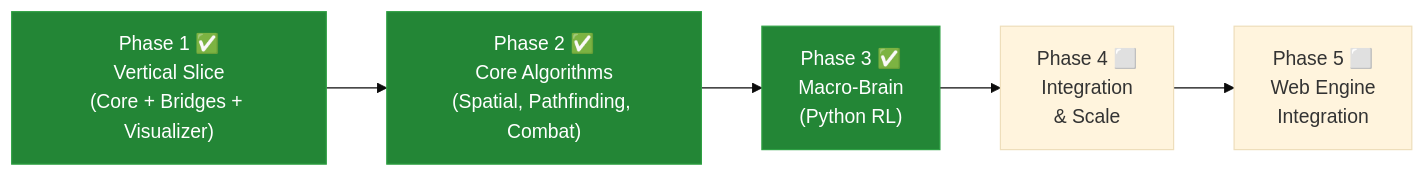
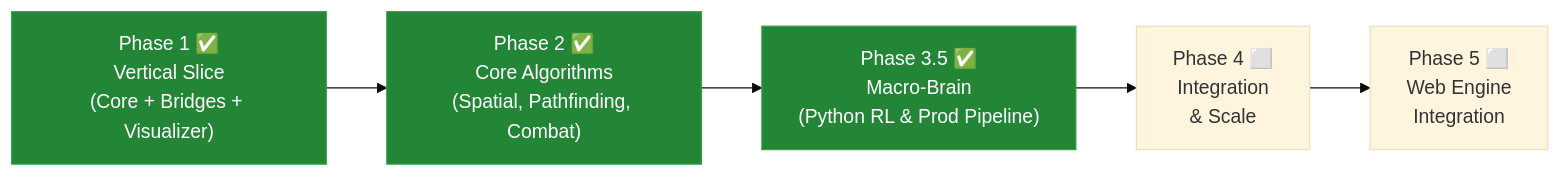
Before and after one commit to QiQi14/mass-swarm-ai-simulator: the diagram in ROADMAP.md, drawn with Mermaid (base theme). The commit also changed other lines of this file and 53 other files, not shown here.

````diff
--- a/ROADMAP.md
+++ b/ROADMAP.md
@@ -9,17 +9,17 @@
 ```mermaid
 graph LR
     P1["Phase 1 ✅\nVertical Slice\n(Core + Bridges + Visualizer)"]
     P2["Phase 2 ✅\nCore Algorithms\n(Spatial, Pathfinding, Combat)"]
-    P3["Phase 3 ✅\nMacro-Brain\n(Python RL)"]
+    P3["Phase 3.5 ✅\nMacro-Brain\n(Python RL & Prod Pipeline)"]
     P4["Phase 4 ⬜\nIntegration\n& Scale"]
     P5["Phase 5 ⬜\nWeb Engine\nIntegration"]
 
     P1 --> P2
     P2 --> P3
     P3 --> P4
     P4 --> P5
 
     style P1 fill:#238636,stroke:#2ea043,color:#fff
     style P2 fill:#238636,stroke:#2ea043,color:#fff
     style P3 fill:#238636,stroke:#2ea043,color:#fff
 ```
````
